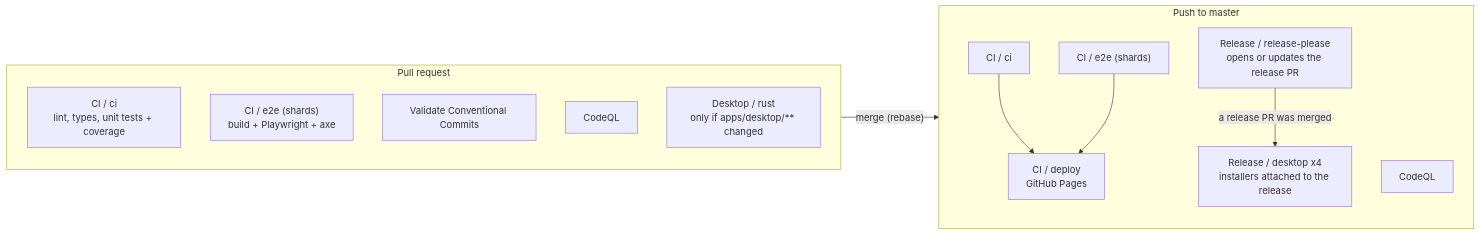
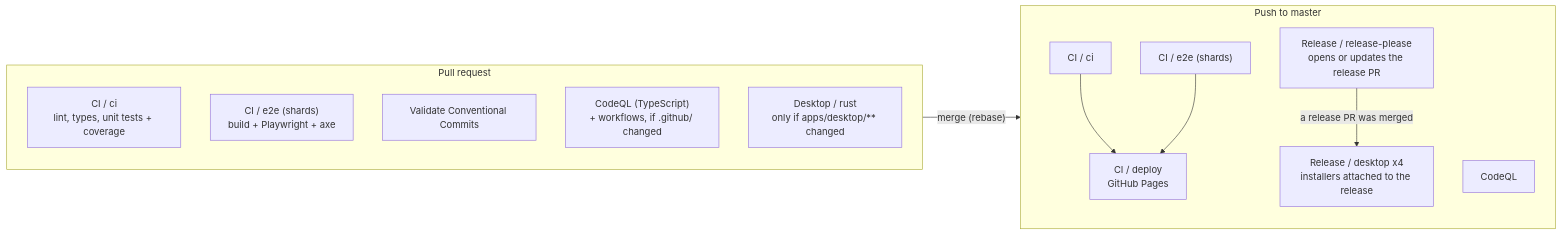
The diagram in docs/ci.md (kqesar/alltp-tracker), drawn with Mermaid before and after one commit. The commit also changed other lines of this file and 3 other files, not shown here.

````diff
--- a/docs/ci.md
+++ b/docs/ci.md
@@ -7,20 +7,20 @@
 ```mermaid
 flowchart LR
   subgraph PR["Pull request"]
     direction TB
     ci_pr["CI / ci<br/>lint, types, unit tests + coverage"]
     e2e_pr["CI / e2e (shards)<br/>build + Playwright + axe"]
     vc["Validate Conventional Commits"]
-    cq_pr["CodeQL"]
+    cq_pr["CodeQL (TypeScript)<br/>+ workflows, if .github/ changed"]
     dk_pr["Desktop / rust<br/>only if apps/desktop/** changed"]
   end
   subgraph MASTER["Push to master"]
     direction TB
     ci_m["CI / ci"] --> deploy["CI / deploy<br/>GitHub Pages"]
     e2e_m["CI / e2e (shards)"] --> deploy
     cq_m["CodeQL"]
     rp["Release / release-please<br/>opens or updates the release PR"]
     rp -->|a release PR was merged| inst["Release / desktop x4<br/>installers attached to the release"]
   end
   PR -->|"merge (rebase)"| MASTER
 ```
````
